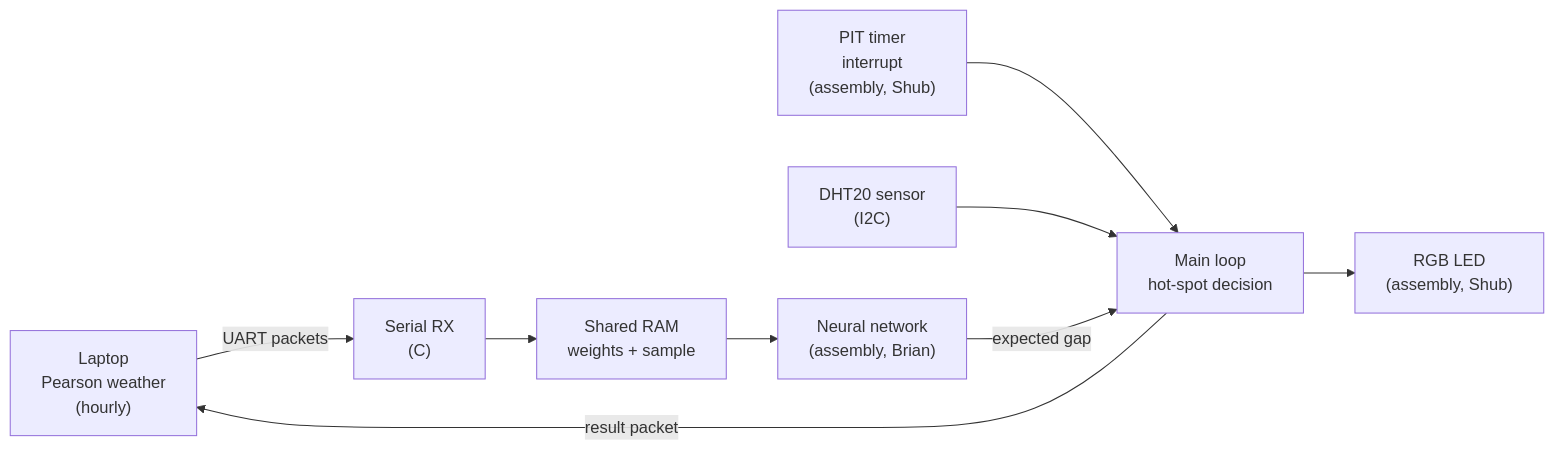
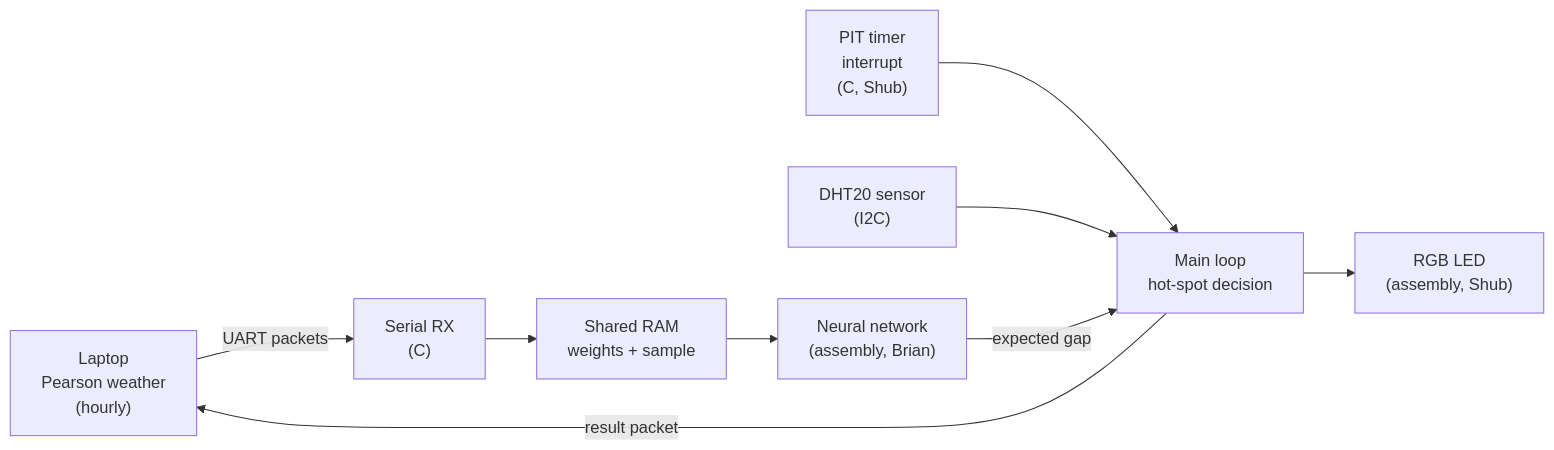
One commit to Brianwu-bsa/MicroprocessorFinalProject changed the diagram in README.md. Above: the diagram before and after it, drawn with Mermaid. The commit also changed other lines of this file and 13 other files, not shown here.

````diff
--- a/README.md
+++ b/README.md
@@ -51,11 +52,11 @@
 ```mermaid
 flowchart LR
     PC["Laptop<br/>Pearson weather<br/>(hourly)"] -- "UART packets" --> RX["Serial RX<br/>(C)"]
     RX --> BUF["Shared RAM<br/>weights + sample"]
     BUF --> NN["Neural network<br/>(assembly, Brian)"]
-    PIT["PIT timer<br/>interrupt<br/>(assembly, Shub)"] --> MAIN
+    PIT["PIT timer<br/>interrupt<br/>(C, Shub)"] --> MAIN
     DHT["DHT20 sensor<br/>(I2C)"] --> MAIN["Main loop<br/>hot-spot decision"]
     NN -- "expected gap" --> MAIN
     MAIN --> LED["RGB LED<br/>(assembly, Shub)"]
     MAIN -- "result packet" --> PC
 ```
````
